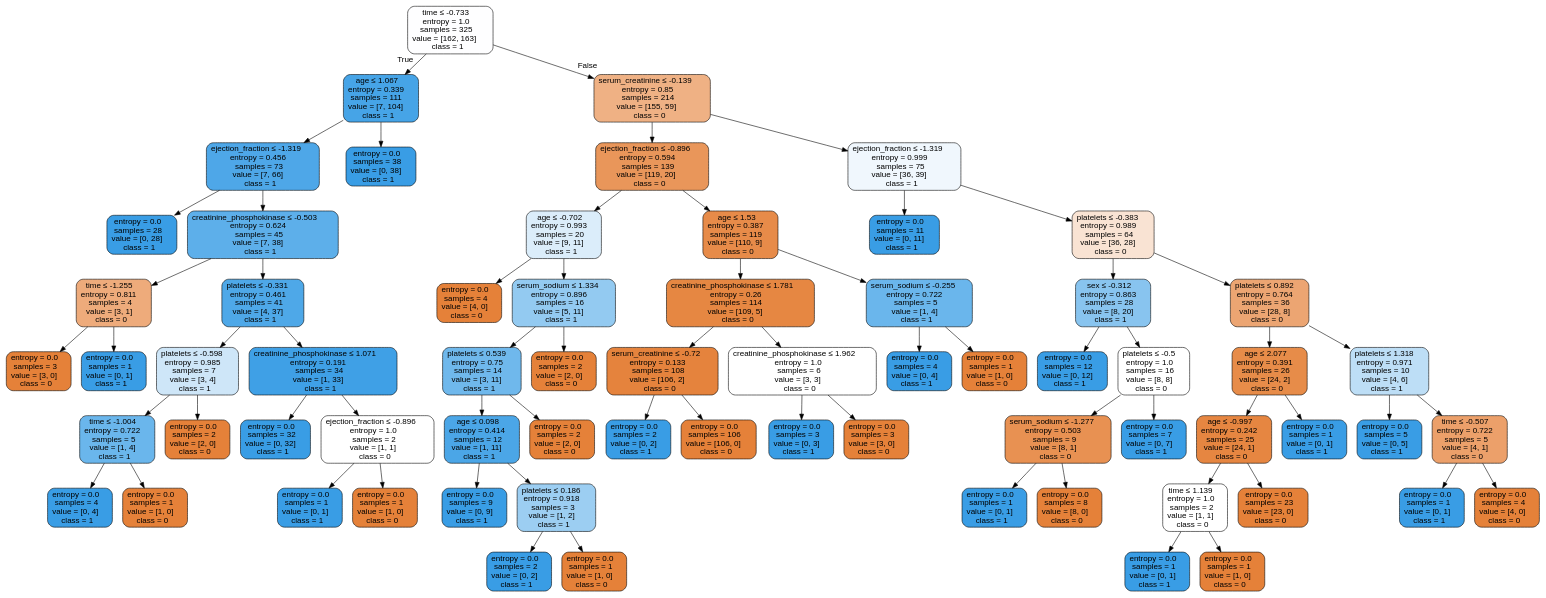
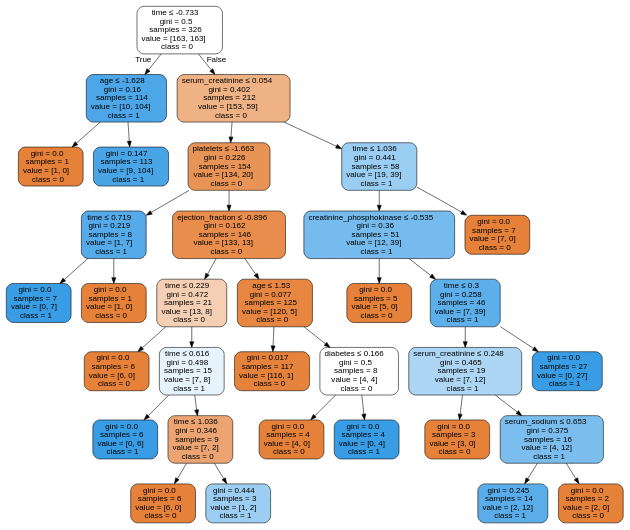
The diagram in Labs/NewClassifiers/Results/DecisionTrees/OverSample/ - Scaling/HFCR - OverSample - dtree.dot (isabelSoares/CD-2021), drawn with Graphviz before and after one commit. The commit also changed 281 other files, not shown here.

```diff
--- a/Labs/NewClassifiers/Results/DecisionTrees/OverSample/ - Scaling/HFCR - OverSample - dtree.dot
+++ b/Labs/NewClassifiers/Results/DecisionTrees/OverSample/ - Scaling/HFCR - OverSample - dtree.dot
@@ -1,137 +1,69 @@
 digraph Tree {
 node [shape=box, style="filled, rounded", color="black", fontname=helvetica] ;
 edge [fontname=helvetica] ;
-0 [label=<time &le; -0.733<br/>entropy = 1.0<br/>samples = 325<br/>value = [162, 163]<br/>class = 1>, fillcolor="#fefeff"] ;
-1 [label=<age &le; 1.067<br/>entropy = 0.339<br/>samples = 111<br/>value = [7, 104]<br/>class = 1>, fillcolor="#46a4e7"] ;
+0 [label=<time &le; -0.733<br/>gini = 0.5<br/>samples = 326<br/>value = [163, 163]<br/>class = 0>, fillcolor="#ffffff"] ;
+1 [label=<age &le; -1.628<br/>gini = 0.16<br/>samples = 114<br/>value = [10, 104]<br/>class = 1>, fillcolor="#4ca6e8"] ;
 0 -> 1 [labeldistance=2.5, labelangle=45, headlabel="True"] ;
-2 [label=<ejection_fraction &le; -1.319<br/>entropy = 0.456<br/>samples = 73<br/>value = [7, 66]<br/>class = 1>, fillcolor="#4ea7e8"] ;
+2 [label=<gini = 0.0<br/>samples = 1<br/>value = [1, 0]<br/>class = 0>, fillcolor="#e58139"] ;
 1 -> 2 ;
-3 [label=<entropy = 0.0<br/>samples = 28<br/>value = [0, 28]<br/>class = 1>, fillcolor="#399de5"] ;
-2 -> 3 ;
-4 [label=<creatinine_phosphokinase &le; -0.503<br/>entropy = 0.624<br/>samples = 45<br/>value = [7, 38]<br/>class = 1>, fillcolor="#5dafea"] ;
-2 -> 4 ;
-5 [label=<time &le; -1.255<br/>entropy = 0.811<br/>samples = 4<br/>value = [3, 1]<br/>class = 0>, fillcolor="#eeab7b"] ;
+3 [label=<gini = 0.147<br/>samples = 113<br/>value = [9, 104]<br/>class = 1>, fillcolor="#4aa5e7"] ;
+1 -> 3 ;
+4 [label=<serum_creatinine &le; 0.054<br/>gini = 0.402<br/>samples = 212<br/>value = [153, 59]<br/>class = 0>, fillcolor="#efb285"] ;
+0 -> 4 [labeldistance=2.5, labelangle=-45, headlabel="False"] ;
+5 [label=<platelets &le; -1.663<br/>gini = 0.226<br/>samples = 154<br/>value = [134, 20]<br/>class = 0>, fillcolor="#e99457"] ;
 4 -> 5 ;
-6 [label=<entropy = 0.0<br/>samples = 3<br/>value = [3, 0]<br/>class = 0>, fillcolor="#e58139"] ;
+6 [label=<time &le; 0.719<br/>gini = 0.219<br/>samples = 8<br/>value = [1, 7]<br/>class = 1>, fillcolor="#55abe9"] ;
 5 -> 6 ;
-7 [label=<entropy = 0.0<br/>samples = 1<br/>value = [0, 1]<br/>class = 1>, fillcolor="#399de5"] ;
-5 -> 7 ;
-8 [label=<platelets &le; -0.331<br/>entropy = 0.461<br/>samples = 41<br/>value = [4, 37]<br/>class = 1>, fillcolor="#4ea8e8"] ;
-4 -> 8 ;
-9 [label=<platelets &le; -0.598<br/>entropy = 0.985<br/>samples = 7<br/>value = [3, 4]<br/>class = 1>, fillcolor="#cee6f8"] ;
-8 -> 9 ;
-10 [label=<time &le; -1.004<br/>entropy = 0.722<br/>samples = 5<br/>value = [1, 4]<br/>class = 1>, fillcolor="#6ab6ec"] ;
+7 [label=<gini = 0.0<br/>samples = 7<br/>value = [0, 7]<br/>class = 1>, fillcolor="#399de5"] ;
+6 -> 7 ;
+8 [label=<gini = 0.0<br/>samples = 1<br/>value = [1, 0]<br/>class = 0>, fillcolor="#e58139"] ;
+6 -> 8 ;
+9 [label=<ejection_fraction &le; -0.896<br/>gini = 0.162<br/>samples = 146<br/>value = [133, 13]<br/>class = 0>, fillcolor="#e88d4c"] ;
+5 -> 9 ;
+10 [label=<time &le; 0.229<br/>gini = 0.472<br/>samples = 21<br/>value = [13, 8]<br/>class = 0>, fillcolor="#f5cfb3"] ;
 9 -> 10 ;
-11 [label=<entropy = 0.0<br/>samples = 4<br/>value = [0, 4]<br/>class = 1>, fillcolor="#399de5"] ;
+11 [label=<gini = 0.0<br/>samples = 6<br/>value = [6, 0]<br/>class = 0>, fillcolor="#e58139"] ;
 10 -> 11 ;
-12 [label=<entropy = 0.0<br/>samples = 1<br/>value = [1, 0]<br/>class = 0>, fillcolor="#e58139"] ;
+12 [label=<time &le; 0.616<br/>gini = 0.498<br/>samples = 15<br/>value = [7, 8]<br/>class = 1>, fillcolor="#e6f3fc"] ;
 10 -> 12 ;
-13 [label=<entropy = 0.0<br/>samples = 2<br/>value = [2, 0]<br/>class = 0>, fillcolor="#e58139"] ;
-9 -> 13 ;
-14 [label=<creatinine_phosphokinase &le; 1.071<br/>entropy = 0.191<br/>samples = 34<br/>value = [1, 33]<br/>class = 1>, fillcolor="#3fa0e6"] ;
-8 -> 14 ;
-15 [label=<entropy = 0.0<br/>samples = 32<br/>value = [0, 32]<br/>class = 1>, fillcolor="#399de5"] ;
+13 [label=<gini = 0.0<br/>samples = 6<br/>value = [0, 6]<br/>class = 1>, fillcolor="#399de5"] ;
+12 -> 13 ;
+14 [label=<time &le; 1.036<br/>gini = 0.346<br/>samples = 9<br/>value = [7, 2]<br/>class = 0>, fillcolor="#eca572"] ;
+12 -> 14 ;
+15 [label=<gini = 0.0<br/>samples = 6<br/>value = [6, 0]<br/>class = 0>, fillcolor="#e58139"] ;
 14 -> 15 ;
-16 [label=<ejection_fraction &le; -0.896<br/>entropy = 1.0<br/>samples = 2<br/>value = [1, 1]<br/>class = 0>, fillcolor="#ffffff"] ;
+16 [label=<gini = 0.444<br/>samples = 3<br/>value = [1, 2]<br/>class = 1>, fillcolor="#9ccef2"] ;
 14 -> 16 ;
-17 [label=<entropy = 0.0<br/>samples = 1<br/>value = [0, 1]<br/>class = 1>, fillcolor="#399de5"] ;
-16 -> 17 ;
-18 [label=<entropy = 0.0<br/>samples = 1<br/>value = [1, 0]<br/>class = 0>, fillcolor="#e58139"] ;
-16 -> 18 ;
-19 [label=<entropy = 0.0<br/>samples = 38<br/>value = [0, 38]<br/>class = 1>, fillcolor="#399de5"] ;
-1 -> 19 ;
-20 [label=<serum_creatinine &le; -0.139<br/>entropy = 0.85<br/>samples = 214<br/>value = [155, 59]<br/>class = 0>, fillcolor="#efb184"] ;
-0 -> 20 [labeldistance=2.5, labelangle=-45, headlabel="False"] ;
-21 [label=<ejection_fraction &le; -0.896<br/>entropy = 0.594<br/>samples = 139<br/>value = [119, 20]<br/>class = 0>, fillcolor="#e9965a"] ;
-20 -> 21 ;
-22 [label=<age &le; -0.702<br/>entropy = 0.993<br/>samples = 20<br/>value = [9, 11]<br/>class = 1>, fillcolor="#dbedfa"] ;
-21 -> 22 ;
-23 [label=<entropy = 0.0<br/>samples = 4<br/>value = [4, 0]<br/>class = 0>, fillcolor="#e58139"] ;
+17 [label=<age &le; 1.53<br/>gini = 0.077<br/>samples = 125<br/>value = [120, 5]<br/>class = 0>, fillcolor="#e68641"] ;
+9 -> 17 ;
+18 [label=<gini = 0.017<br/>samples = 117<br/>value = [116, 1]<br/>class = 0>, fillcolor="#e5823b"] ;
+17 -> 18 ;
+19 [label=<diabetes &le; 0.166<br/>gini = 0.5<br/>samples = 8<br/>value = [4, 4]<br/>class = 0>, fillcolor="#ffffff"] ;
+17 -> 19 ;
+20 [label=<gini = 0.0<br/>samples = 4<br/>value = [4, 0]<br/>class = 0>, fillcolor="#e58139"] ;
+19 -> 20 ;
+21 [label=<gini = 0.0<br/>samples = 4<br/>value = [0, 4]<br/>class = 1>, fillcolor="#399de5"] ;
+19 -> 21 ;
+22 [label=<time &le; 1.036<br/>gini = 0.441<br/>samples = 58<br/>value = [19, 39]<br/>class = 1>, fillcolor="#99cdf2"] ;
+4 -> 22 ;
+23 [label=<creatinine_phosphokinase &le; -0.535<br/>gini = 0.36<br/>samples = 51<br/>value = [12, 39]<br/>class = 1>, fillcolor="#76bbed"] ;
 22 -> 23 ;
-24 [label=<serum_sodium &le; 1.334<br/>entropy = 0.896<br/>samples = 16<br/>value = [5, 11]<br/>class = 1>, fillcolor="#93caf1"] ;
-22 -> 24 ;
-25 [label=<platelets &le; 0.539<br/>entropy = 0.75<br/>samples = 14<br/>value = [3, 11]<br/>class = 1>, fillcolor="#6fb8ec"] ;
-24 -> 25 ;
-26 [label=<age &le; 0.098<br/>entropy = 0.414<br/>samples = 12<br/>value = [1, 11]<br/>class = 1>, fillcolor="#4ba6e7"] ;
+24 [label=<gini = 0.0<br/>samples = 5<br/>value = [5, 0]<br/>class = 0>, fillcolor="#e58139"] ;
+23 -> 24 ;
+25 [label=<time &le; 0.3<br/>gini = 0.258<br/>samples = 46<br/>value = [7, 39]<br/>class = 1>, fillcolor="#5dafea"] ;
+23 -> 25 ;
+26 [label=<serum_creatinine &le; 0.248<br/>gini = 0.465<br/>samples = 19<br/>value = [7, 12]<br/>class = 1>, fillcolor="#acd6f4"] ;
 25 -> 26 ;
-27 [label=<entropy = 0.0<br/>samples = 9<br/>value = [0, 9]<br/>class = 1>, fillcolor="#399de5"] ;
+27 [label=<gini = 0.0<br/>samples = 3<br/>value = [3, 0]<br/>class = 0>, fillcolor="#e58139"] ;
 26 -> 27 ;
-28 [label=<platelets &le; 0.186<br/>entropy = 0.918<br/>samples = 3<br/>value = [1, 2]<br/>class = 1>, fillcolor="#9ccef2"] ;
+28 [label=<serum_sodium &le; 0.653<br/>gini = 0.375<br/>samples = 16<br/>value = [4, 12]<br/>class = 1>, fillcolor="#7bbeee"] ;
 26 -> 28 ;
-29 [label=<entropy = 0.0<br/>samples = 2<br/>value = [0, 2]<br/>class = 1>, fillcolor="#399de5"] ;
+29 [label=<gini = 0.245<br/>samples = 14<br/>value = [2, 12]<br/>class = 1>, fillcolor="#5aade9"] ;
 28 -> 29 ;
-30 [label=<entropy = 0.0<br/>samples = 1<br/>value = [1, 0]<br/>class = 0>, fillcolor="#e58139"] ;
+30 [label=<gini = 0.0<br/>samples = 2<br/>value = [2, 0]<br/>class = 0>, fillcolor="#e58139"] ;
 28 -> 30 ;
-31 [label=<entropy = 0.0<br/>samples = 2<br/>value = [2, 0]<br/>class = 0>, fillcolor="#e58139"] ;
+31 [label=<gini = 0.0<br/>samples = 27<br/>value = [0, 27]<br/>class = 1>, fillcolor="#399de5"] ;
 25 -> 31 ;
-32 [label=<entropy = 0.0<br/>samples = 2<br/>value = [2, 0]<br/>class = 0>, fillcolor="#e58139"] ;
-24 -> 32 ;
-33 [label=<age &le; 1.53<br/>entropy = 0.387<br/>samples = 119<br/>value = [110, 9]<br/>class = 0>, fillcolor="#e78b49"] ;
-21 -> 33 ;
-34 [label=<creatinine_phosphokinase &le; 1.781<br/>entropy = 0.26<br/>samples = 114<br/>value = [109, 5]<br/>class = 0>, fillcolor="#e68742"] ;
-33 -> 34 ;
-35 [label=<serum_creatinine &le; -0.72<br/>entropy = 0.133<br/>samples = 108<br/>value = [106, 2]<br/>class = 0>, fillcolor="#e5833d"] ;
-34 -> 35 ;
-36 [label=<entropy = 0.0<br/>samples = 2<br/>value = [0, 2]<br/>class = 1>, fillcolor="#399de5"] ;
-35 -> 36 ;
-37 [label=<entropy = 0.0<br/>samples = 106<br/>value = [106, 0]<br/>class = 0>, fillcolor="#e58139"] ;
-35 -> 37 ;
-38 [label=<creatinine_phosphokinase &le; 1.962<br/>entropy = 1.0<br/>samples = 6<br/>value = [3, 3]<br/>class = 0>, fillcolor="#ffffff"] ;
-34 -> 38 ;
-39 [label=<entropy = 0.0<br/>samples = 3<br/>value = [0, 3]<br/>class = 1>, fillcolor="#399de5"] ;
-38 -> 39 ;
-40 [label=<entropy = 0.0<br/>samples = 3<br/>value = [3, 0]<br/>class = 0>, fillcolor="#e58139"] ;
-38 -> 40 ;
-41 [label=<serum_sodium &le; -0.255<br/>entropy = 0.722<br/>samples = 5<br/>value = [1, 4]<br/>class = 1>, fillcolor="#6ab6ec"] ;
-33 -> 41 ;
-42 [label=<entropy = 0.0<br/>samples = 4<br/>value = [0, 4]<br/>class = 1>, fillcolor="#399de5"] ;
-41 -> 42 ;
-43 [label=<entropy = 0.0<br/>samples = 1<br/>value = [1, 0]<br/>class = 0>, fillcolor="#e58139"] ;
-41 -> 43 ;
-44 [label=<ejection_fraction &le; -1.319<br/>entropy = 0.999<br/>samples = 75<br/>value = [36, 39]<br/>class = 1>, fillcolor="#f0f7fd"] ;
-20 -> 44 ;
-45 [label=<entropy = 0.0<br/>samples = 11<br/>value = [0, 11]<br/>class = 1>, fillcolor="#399de5"] ;
-44 -> 45 ;
-46 [label=<platelets &le; -0.383<br/>entropy = 0.989<br/>samples = 64<br/>value = [36, 28]<br/>class = 0>, fillcolor="#f9e3d3"] ;
-44 -> 46 ;
-47 [label=<sex &le; -0.312<br/>entropy = 0.863<br/>samples = 28<br/>value = [8, 20]<br/>class = 1>, fillcolor="#88c4ef"] ;
-46 -> 47 ;
-48 [label=<entropy = 0.0<br/>samples = 12<br/>value = [0, 12]<br/>class = 1>, fillcolor="#399de5"] ;
-47 -> 48 ;
-49 [label=<platelets &le; -0.5<br/>entropy = 1.0<br/>samples = 16<br/>value = [8, 8]<br/>class = 0>, fillcolor="#ffffff"] ;
-47 -> 49 ;
-50 [label=<serum_sodium &le; -1.277<br/>entropy = 0.503<br/>samples = 9<br/>value = [8, 1]<br/>class = 0>, fillcolor="#e89152"] ;
-49 -> 50 ;
-51 [label=<entropy = 0.0<br/>samples = 1<br/>value = [0, 1]<br/>class = 1>, fillcolor="#399de5"] ;
-50 -> 51 ;
-52 [label=<entropy = 0.0<br/>samples = 8<br/>value = [8, 0]<br/>class = 0>, fillcolor="#e58139"] ;
-50 -> 52 ;
-53 [label=<entropy = 0.0<br/>samples = 7<br/>value = [0, 7]<br/>class = 1>, fillcolor="#399de5"] ;
-49 -> 53 ;
-54 [label=<platelets &le; 0.892<br/>entropy = 0.764<br/>samples = 36<br/>value = [28, 8]<br/>class = 0>, fillcolor="#eca572"] ;
-46 -> 54 ;
-55 [label=<age &le; 2.077<br/>entropy = 0.391<br/>samples = 26<br/>value = [24, 2]<br/>class = 0>, fillcolor="#e78c49"] ;
-54 -> 55 ;
-56 [label=<age &le; -0.997<br/>entropy = 0.242<br/>samples = 25<br/>value = [24, 1]<br/>class = 0>, fillcolor="#e68641"] ;
-55 -> 56 ;
-57 [label=<time &le; 1.139<br/>entropy = 1.0<br/>samples = 2<br/>value = [1, 1]<br/>class = 0>, fillcolor="#ffffff"] ;
-56 -> 57 ;
-58 [label=<entropy = 0.0<br/>samples = 1<br/>value = [0, 1]<br/>class = 1>, fillcolor="#399de5"] ;
-57 -> 58 ;
-59 [label=<entropy = 0.0<br/>samples = 1<br/>value = [1, 0]<br/>class = 0>, fillcolor="#e58139"] ;
-57 -> 59 ;
-60 [label=<entropy = 0.0<br/>samples = 23<br/>value = [23, 0]<br/>class = 0>, fillcolor="#e58139"] ;
-56 -> 60 ;
-61 [label=<entropy = 0.0<br/>samples = 1<br/>value = [0, 1]<br/>class = 1>, fillcolor="#399de5"] ;
-55 -> 61 ;
-62 [label=<platelets &le; 1.318<br/>entropy = 0.971<br/>samples = 10<br/>value = [4, 6]<br/>class = 1>, fillcolor="#bddef6"] ;
-54 -> 62 ;
-63 [label=<entropy = 0.0<br/>samples = 5<br/>value = [0, 5]<br/>class = 1>, fillcolor="#399de5"] ;
-62 -> 63 ;
-64 [label=<time &le; -0.507<br/>entropy = 0.722<br/>samples = 5<br/>value = [4, 1]<br/>class = 0>, fillcolor="#eca06a"] ;
-62 -> 64 ;
-65 [label=<entropy = 0.0<br/>samples = 1<br/>value = [0, 1]<br/>class = 1>, fillcolor="#399de5"] ;
-64 -> 65 ;
-66 [label=<entropy = 0.0<br/>samples = 4<br/>value = [4, 0]<br/>class = 0>, fillcolor="#e58139"] ;
-64 -> 66 ;
+32 [label=<gini = 0.0<br/>samples = 7<br/>value = [7, 0]<br/>class = 0>, fillcolor="#e58139"] ;
+22 -> 32 ;
 }
```
